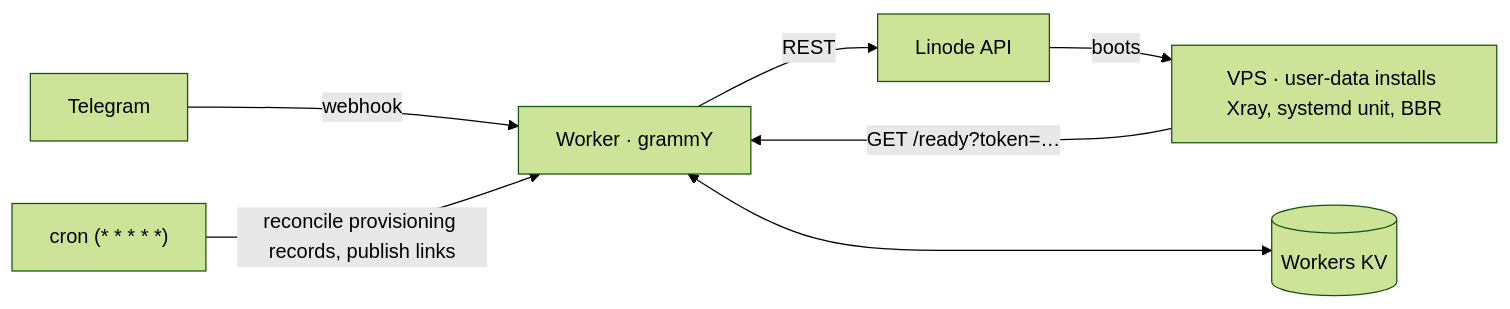
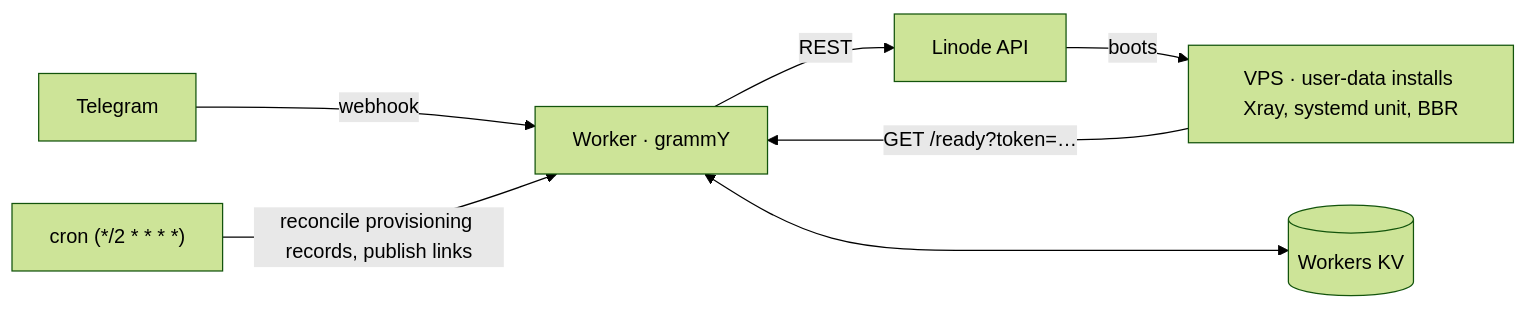
One commit to notlega/telegram-vpn-bot changed the diagram in README.md. Above: the diagram before and after it, drawn with Mermaid (forest theme). The commit also changed other lines of this file and 24 other files, not shown here.

````diff
--- a/README.md
+++ b/README.md
@@ -24,9 +29,9 @@
 ```mermaid
 flowchart LR
     tg[Telegram] -- webhook --> w[Worker · grammY]
     w -- REST --> v[Linode API]
     v -- boots --> vps["VPS · user-data installs Xray, systemd unit, BBR"]
     vps -- "GET /ready?token=…" --> w
-    cron["cron (* * * * *)"] -- reconcile provisioning records, publish links --> w
+    cron["cron (*/2 * * * *)"] -- reconcile provisioning records, publish links --> w
     w <---> kv[(Workers KV)]
 ```
````
